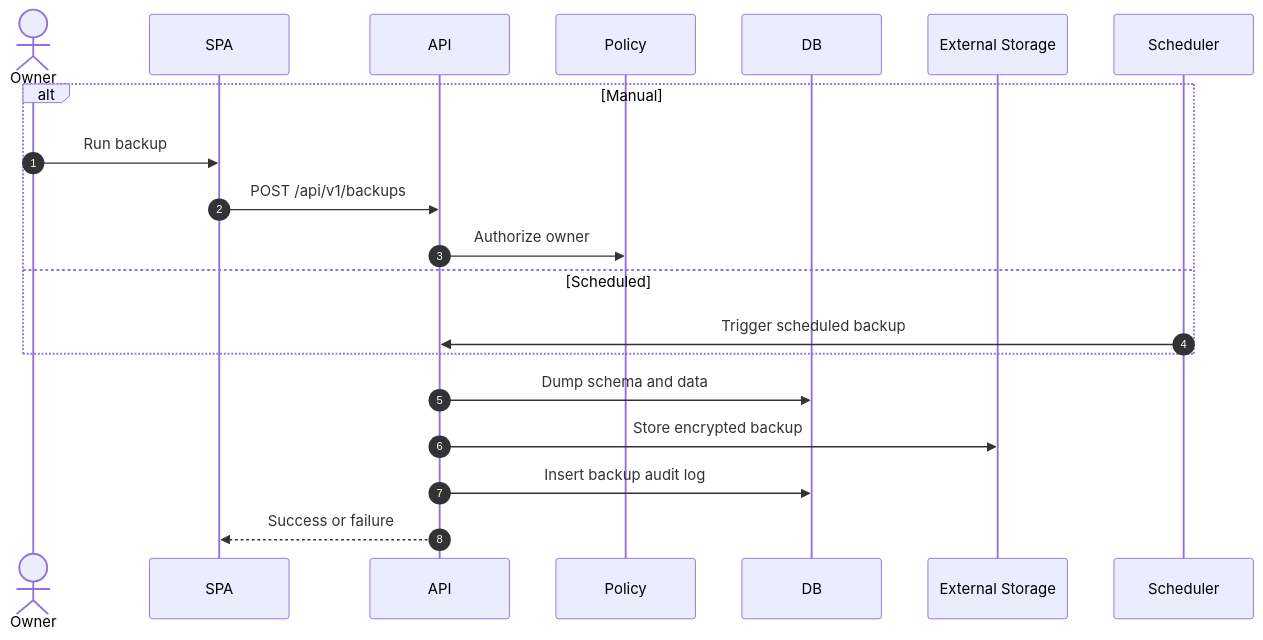
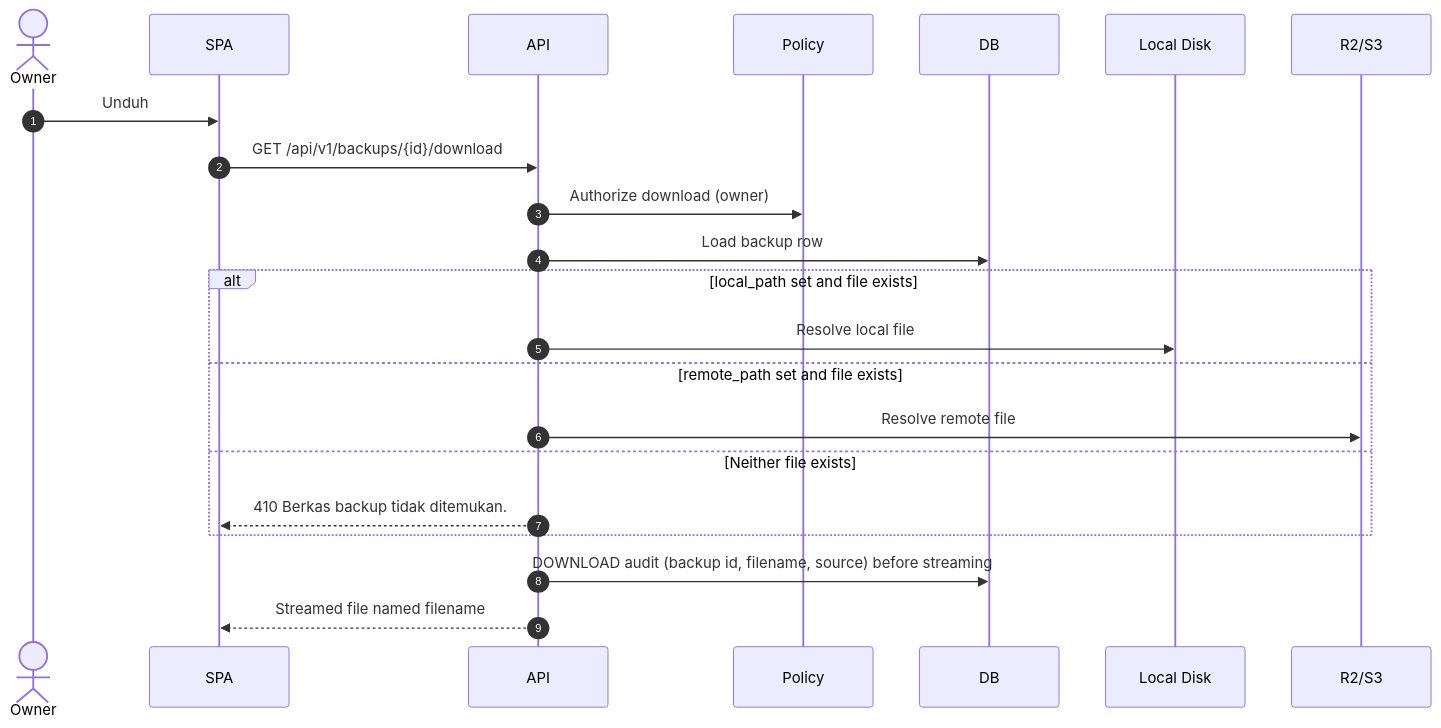
One commit to Arukast/pos_alja changed diagram 25 of 27 in docs/architecture/sequence-diagrams.md. Above: the diagram before and after it, drawn with Mermaid. The commit also changed other lines of this file and 8 other files, not shown here.

Commit message:
docs: document audit log and backup operations

````diff
--- a/docs/architecture/sequence-diagrams.md
+++ b/docs/architecture/sequence-diagrams.md
@@ -578,23 +699,25 @@
 ```mermaid
 sequenceDiagram
     autonumber
     actor O as Owner
     participant SPA
     participant API
     participant Policy
     participant DB
-    participant FS as External Storage
-    participant SCH as Scheduler
+    participant L as Local Disk
+    participant R2 as R2/S3
 
-    alt Manual
-        O->>SPA: Run backup
-        SPA->>API: POST /api/v1/backups
-        API->>Policy: Authorize owner
-    else Scheduled
-        SCH->>API: Trigger scheduled backup
+    O->>SPA: Unduh
+    SPA->>API: GET /api/v1/backups/{id}/download
+    API->>Policy: Authorize download (owner)
+    API->>DB: Load backup row
+    alt local_path set and file exists
+        API->>L: Resolve local file
+    else remote_path set and file exists
+        API->>R2: Resolve remote file
+    else Neither file exists
+        API-->>SPA: 410 Berkas backup tidak ditemukan.
     end
-    API->>DB: Dump schema and data
-    API->>FS: Store encrypted backup
-    API->>DB: Insert backup audit log
-    API-->>SPA: Success or failure
+    API->>DB: DOWNLOAD audit (backup id, filename, source) before streaming
+    API-->>SPA: Streamed file named filename
 ```
````
